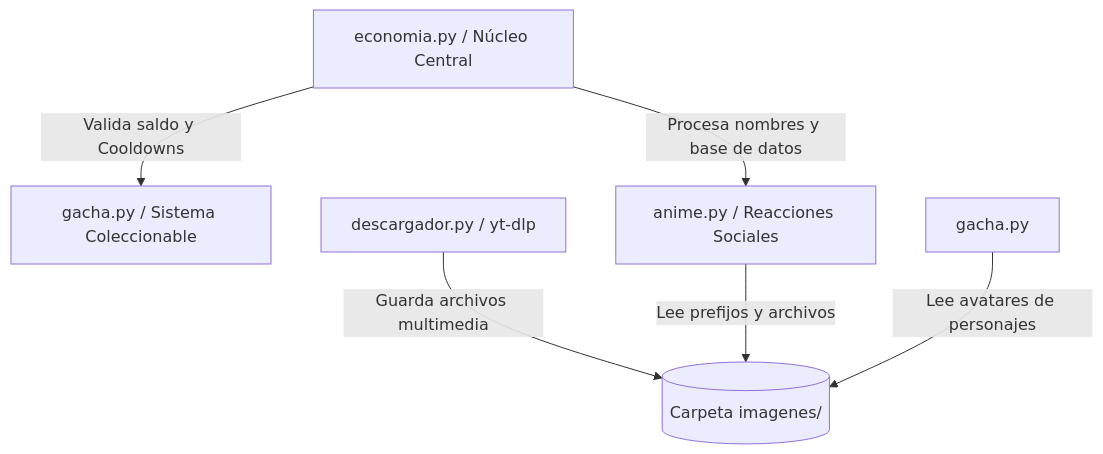
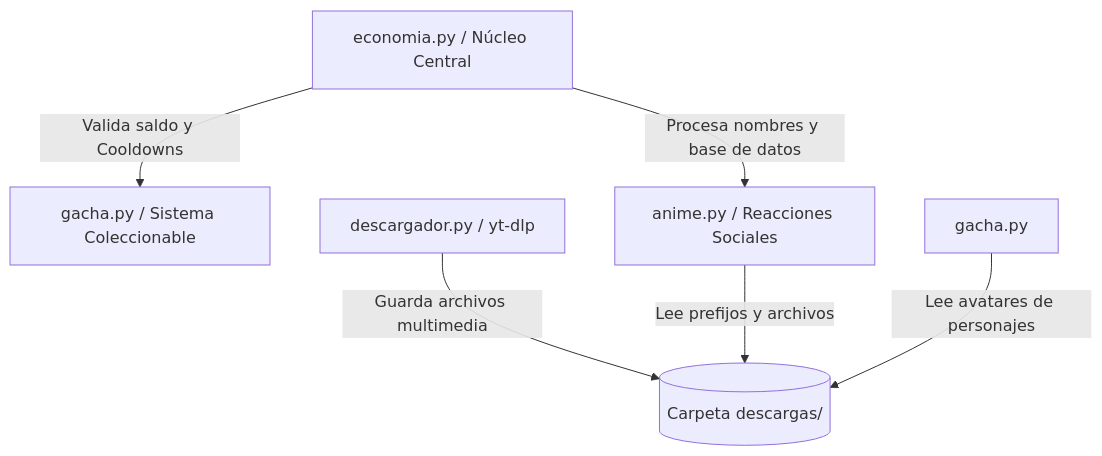
One commit to duvancovilla292-prog/Proyecto-Ciel changed the diagram in README.md. Above: the diagram before and after it, drawn with Mermaid. The commit also changed other lines of this file and 4 other files, not shown here.

````diff
--- a/README.md
+++ b/README.md
@@ -87,8 +88,8 @@
 ```mermaid
 graph TD
     A[economia.py / Núcleo Central] -->|Valida saldo y Cooldowns| B[gacha.py / Sistema Coleccionable]
     A -->|Procesa nombres y base de datos| C[anime.py / Reacciones Sociales]
-    D[descargador.py / yt-dlp] -->|Guarda archivos multimedia| E[(Carpeta imagenes/)]
+    D[descargador.py / yt-dlp] -->|Guarda archivos multimedia| E[(Carpeta descargas/)]
     C -->|Lee prefijos y archivos| E
     Gacha[gacha.py] -->|Lee avatares de personajes| E
 ```
````
